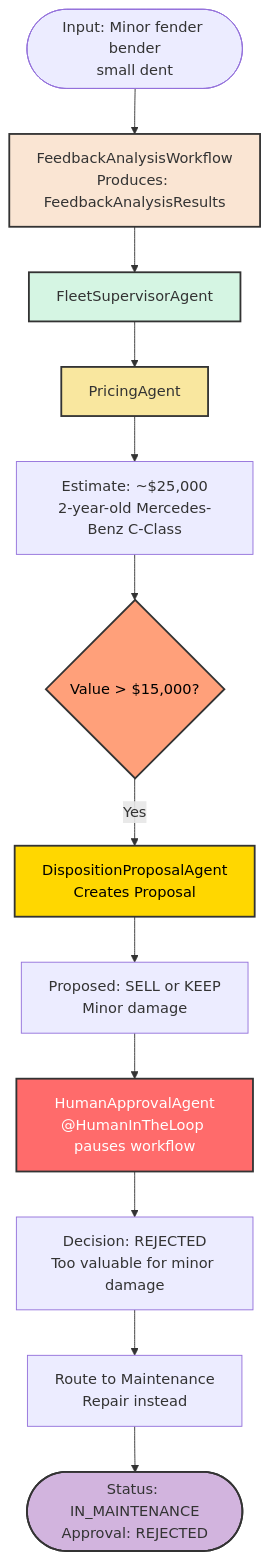
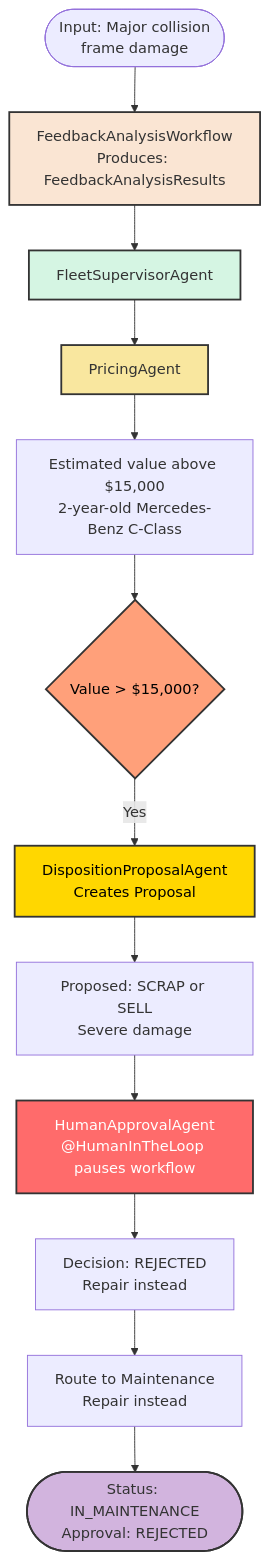
One commit to quarkusio/quarkus-workshop-langchain4j changed the fourth of 6 diagrams in docs/docs/section-2/step-05.md. Above: the diagram before and after it, drawn with Mermaid. The commit also changed other lines of this file and 1 other file, not shown here.

Commit message:
Revise estimated values and feedback text in documentation for improved accuracy and clarity

````diff
--- a/docs/docs/section-2/step-05.md
+++ b/docs/docs/section-2/step-05.md
@@ -362,28 +362,28 @@
 ```mermaid
 flowchart TD
-    Start(["Input: Minor fender bender<br/>small dent"])
+    Start(["Input: Major collision<br/>frame damage"])
 
     Start --> FW["FeedbackAnalysisWorkflow<br/>Produces: FeedbackAnalysisResults"]
 
     FW --> FSA["FleetSupervisorAgent"]
     FSA --> PA["PricingAgent"]
-    PA --> Value["Estimate: ~$25,000<br/>2-year-old Mercedes-Benz C-Class"]
+    PA --> Value["Estimated value above $15,000<br/>2-year-old Mercedes-Benz C-Class"]
 
     Value --> Check{"Value > $15,000?"}
     Check -->|Yes| Proposal["DispositionProposalAgent<br/>Creates Proposal"]
-    Proposal --> PropResult["Proposed: SELL or KEEP<br/>Minor damage"]
+    Proposal --> PropResult["Proposed: SCRAP or SELL<br/>Severe damage"]
 
     PropResult --> Human["HumanApprovalAgent<br/>@HumanInTheLoop pauses workflow"]
-    Human --> Decision["Decision: REJECTED<br/>Too valuable for minor damage"]
+    Human --> Decision["Decision: REJECTED<br/>Repair instead"]
 
     Decision --> Fallback["Route to Maintenance<br/>Repair instead"]
     Fallback --> Result(["Status: IN_MAINTENANCE<br/>Approval: REJECTED"])
 
     style FW fill:#FAE5D3,stroke:#333,stroke-width:2,color:#333
     style FSA fill:#D5F5E3,stroke:#333,stroke-width:2,color:#333
     style PA fill:#F9E79F,stroke:#333,stroke-width:2,color:#333
     style Proposal fill:#FFD700,stroke:#333,stroke-width:2,color:#000
     style Human fill:#FF6B6B,stroke:#333,stroke-width:2,color:#fff
     style Check fill:#FFA07A,stroke:#333,stroke-width:2,color:#000
     style Result fill:#D2B4DE,stroke:#333,stroke-width:2,color:#333
 ```
````
